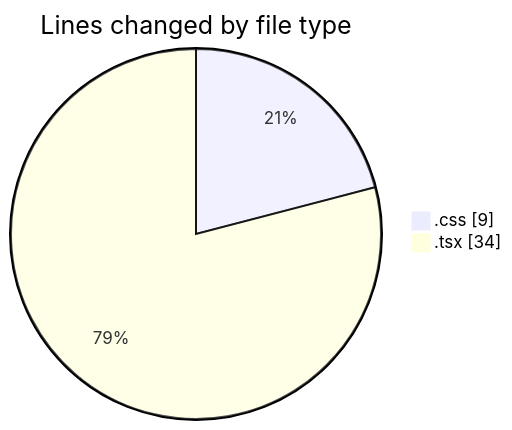
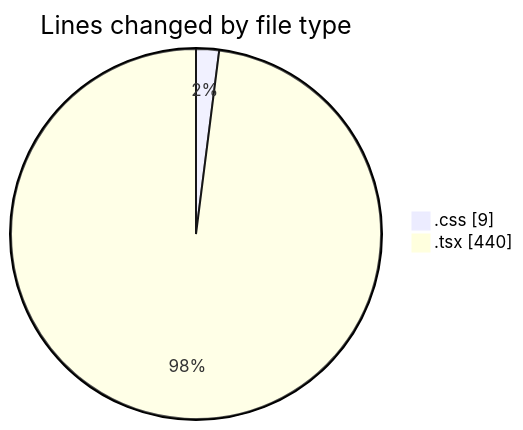
Before and after one commit to robertbonfada/code-tracking: the first of 2 diagrams in 2025-02-28/audiobooks-web/README.md, drawn with Mermaid. The commit also changed other lines of this file and 1 other file, not shown here.

````diff
--- a/2025-02-28/audiobooks-web/README.md
+++ b/2025-02-28/audiobooks-web/README.md
@@ -21,6 +23,6 @@
 ```mermaid
 pie showData
 title Lines changed by file type
 ".css" : 9
-".tsx" : 34
+".tsx" : 440
 ```
````
